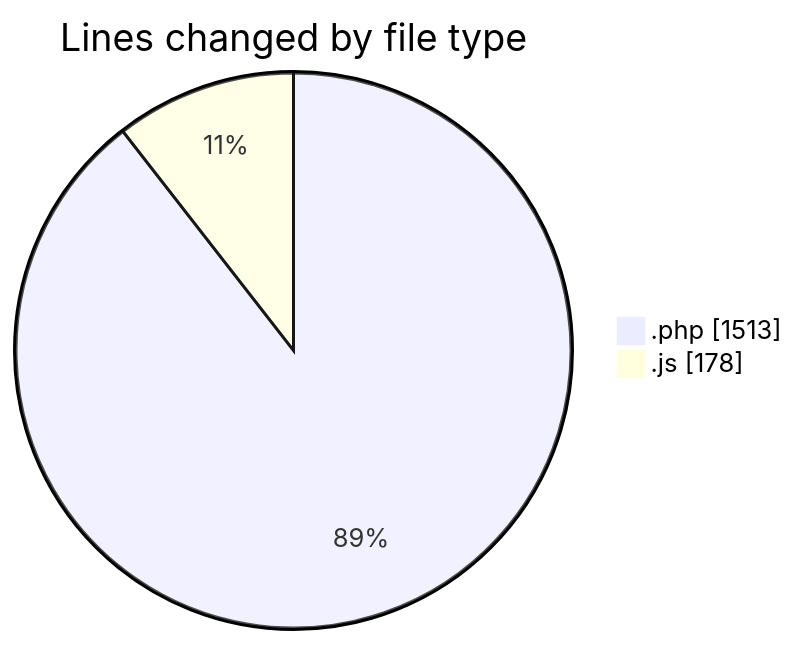
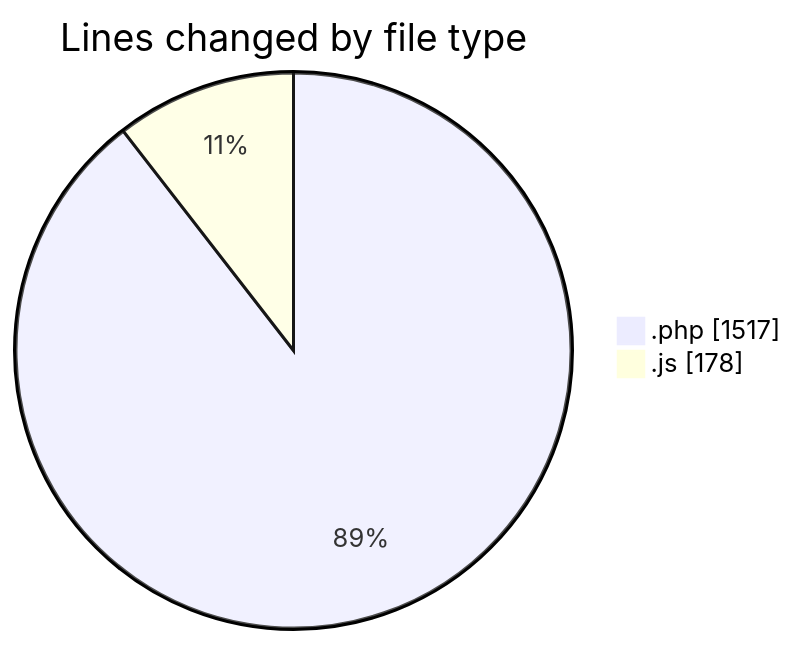
Before and after one commit to debugP/code-tracking: the first of 2 diagrams in 2026-07-09/wp-content/README.md, drawn with Mermaid. The commit also changed other lines of this file and 1 other file, not shown here.

````diff
--- a/2026-07-09/wp-content/README.md
+++ b/2026-07-09/wp-content/README.md
@@ -23,6 +23,6 @@
 ```mermaid
 pie showData
 title Lines changed by file type
-".php" : 1513
+".php" : 1517
 ".js" : 178
 ```
````
